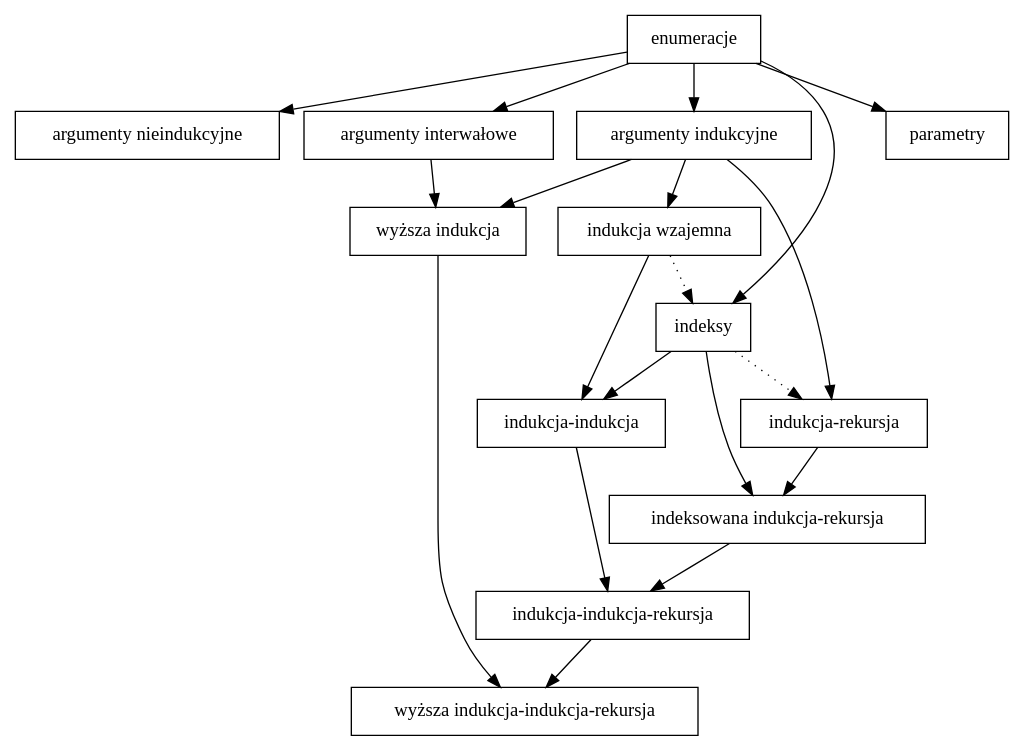
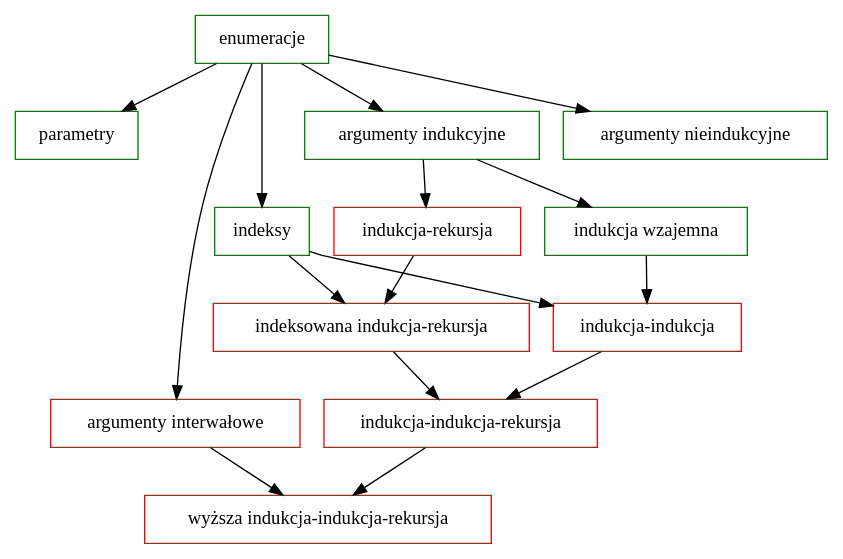
The diagram in txt/indukcja.dot (wkolowski/Typonomikon), drawn with Graphviz before and after one commit. The commit also changed 24 other files, not shown here.

```diff
--- a/txt/indukcja.dot
+++ b/txt/indukcja.dot
@@ -1,51 +1,54 @@
 digraph
 {
-  node[shape=rectangle]
+  node[shape=rectangle, color=green]
+  enumeracje
+  parametry
+  indeksy
+  "argumenty nieindukcyjne"
+  "argumenty indukcyjne"
+  "indukcja wzajemna"
+
+  node[shape=rectangle, color=red]
+  "argumenty interwałowe"
+  "indukcja-indukcja"
+  "indukcja-rekursja"
+  "indeksowana indukcja-rekursja"
+  "indukcja-indukcja-rekursja"
+		
 
   enumeracje			->
   {
     "argumenty nieindukcyjne"
     "argumenty indukcyjne"
     "argumenty interwałowe"
 
     parametry
     indeksy
   }
 
   "argumenty indukcyjne"	->
   {
     "indukcja wzajemna"
     "indukcja-rekursja"
-    "wyższa indukcja"
   }
-
-  "argumenty interwałowe"	-> "wyższa indukcja"
 
   "indukcja wzajemna"		-> "indukcja-indukcja"
 
   indeksy			->
   {
     "indukcja-indukcja"
     "indeksowana indukcja-rekursja"
   }
 
   "indukcja-indukcja"		-> "indukcja-indukcja-rekursja"
 
   "indukcja-rekursja"		->
   {
     "indeksowana indukcja-rekursja"
   }
 
   "indeksowana indukcja-rekursja" -> "indukcja-indukcja-rekursja"
 
   "indukcja-indukcja-rekursja"	-> "wyższa indukcja-indukcja-rekursja"
-  "wyższa indukcja"		-> "wyższa indukcja-indukcja-rekursja"
-
-  /* Przerywana linia z A do B oznacza relację "można zasymulować A za pomocą B". */
-  edge[style=dotted]
-
-  "indukcja wzajemna"		-> indeksy
-
-  indeksy			-> "indukcja-rekursja"
-  
+  "argumenty interwałowe"	-> "wyższa indukcja-indukcja-rekursja"
 }
```
